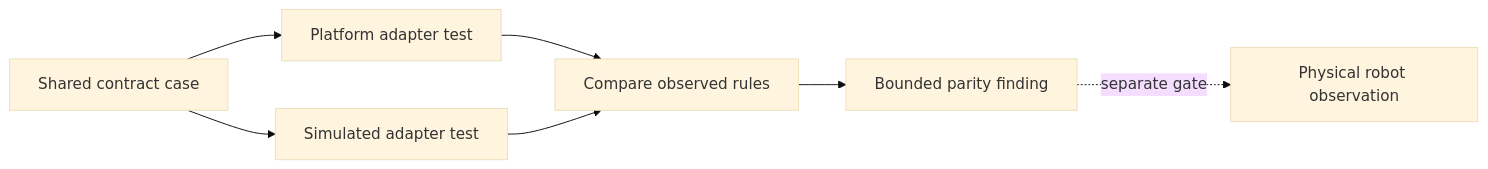
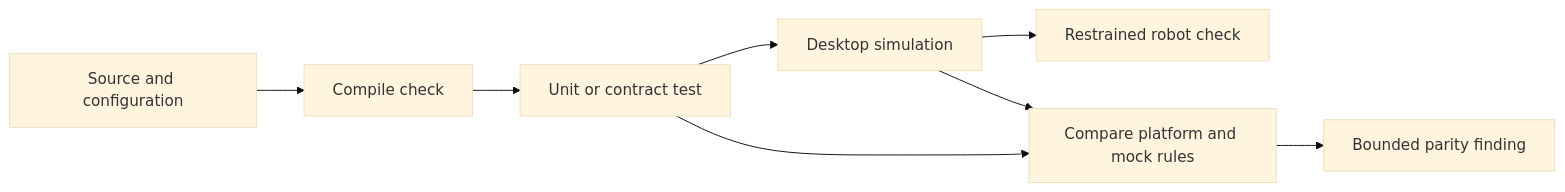
One commit to ARES-23247/ARESWEB changed the diagram in content/learning/programming/08-tests-parity.md. Above: the diagram before and after it, drawn with Mermaid (base theme). The commit also changed other lines of this file and 5 other files, not shown here.

````diff
--- a/content/learning/programming/08-tests-parity.md
+++ b/content/learning/programming/08-tests-parity.md
@@ -41,10 +49,11 @@
 ```mermaid
-%% aria: One shared test case sends the same input, units, clock, and expected safe result to a platform adapter and a simulated adapter. Their observed results are compared, while physical behavior remains a separate evidence gate.
+%% aria: Evidence moves from source and configuration through compile, unit, simulation, and restrained robot checks. Platform and mock behavior are compared without treating simulation as physical proof.
 flowchart LR
-  A["Shared contract case"] --> B["Platform adapter test"]
-  A --> C["Simulated adapter test"]
-  B --> D["Compare observed rules"]
-  C --> D
-  D --> E["Bounded parity finding"]
-  E -. separate gate .-> F["Physical robot observation"]
+  A["Source and configuration"] --> B["Compile check"]
+  B --> C["Unit or contract test"]
+  C --> D["Desktop simulation"]
+  D --> E["Restrained robot check"]
+  C --> F["Compare platform and mock rules"]
+  D --> F
+  F --> G["Bounded parity finding"]
 ```
````
